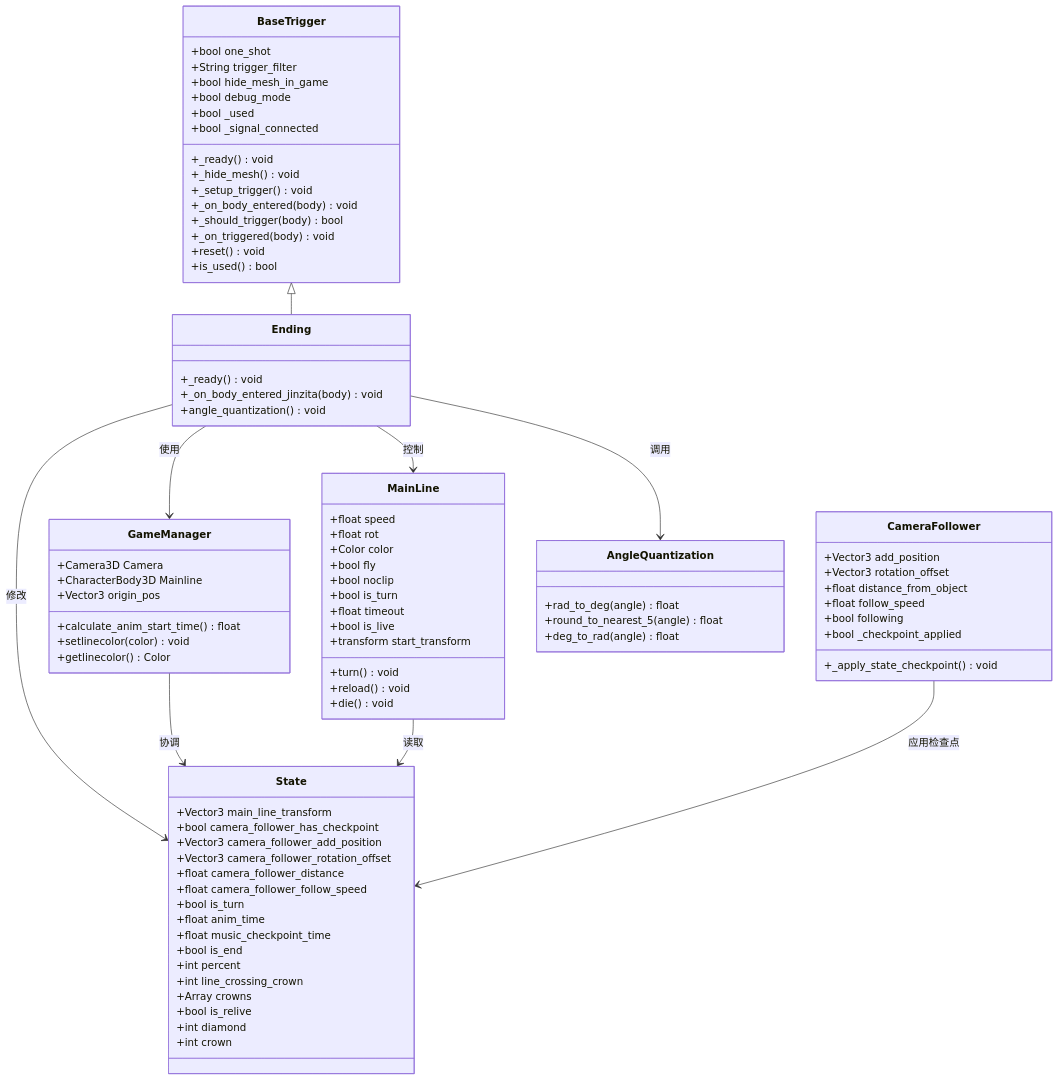
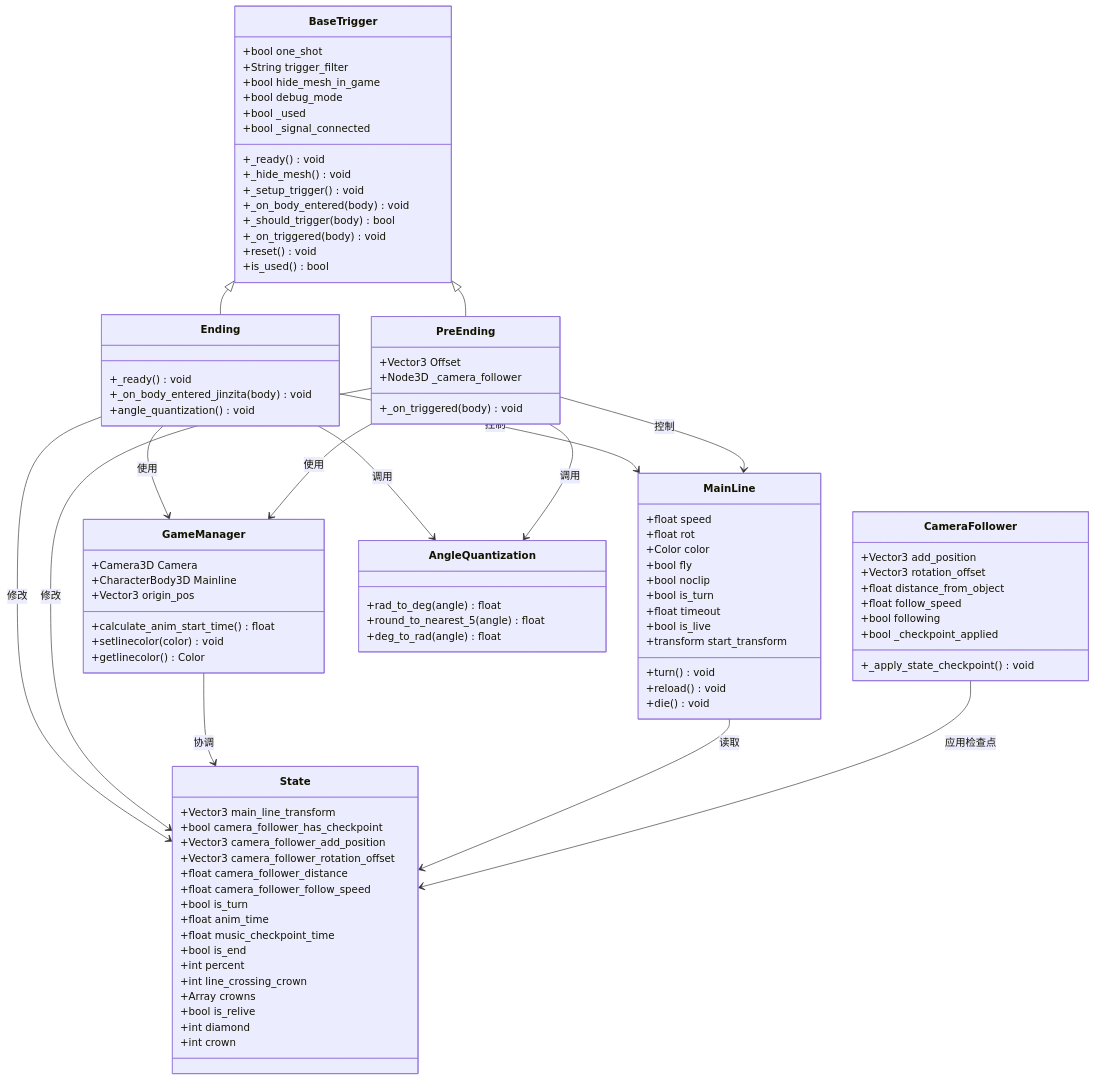
The second of 9 diagrams in .qoder/repowiki/zh/content/游戏系统/触发器系统/结局触发器.md (godotline/godot-line), drawn with Mermaid before and after one commit. The commit also changed other lines of this file and 13 other files, not shown here.

```diff
--- a/.qoder/repowiki/zh/content/游戏系统/触发器系统/结局触发器.md
+++ b/.qoder/repowiki/zh/content/游戏系统/触发器系统/结局触发器.md
@@ -166,6 +171,11 @@
 +_ready() void
 +_on_body_entered_jinzita(body) void
 +angle_quantization() void
+}
+class PreEnding {
++Vector3 Offset
++Node3D _camera_follower
++_on_triggered(body) void
 }
 class GameManager {
 +Camera3D Camera
@@ -222,10 +232,15 @@
 +deg_to_rad(angle) float
 }
 BaseTrigger <|-- Ending
+BaseTrigger <|-- PreEnding
 Ending --> GameManager : 使用
 Ending --> State : 修改
 Ending --> MainLine : 控制
 Ending --> AngleQuantization : 调用
+PreEnding --> GameManager : 使用
+PreEnding --> State : 修改
+PreEnding --> MainLine : 控制
+PreEnding --> AngleQuantization : 调用
 GameManager --> State : 协调
 MainLine --> State : 读取
 CameraFollower --> State : 应用检查点
```
